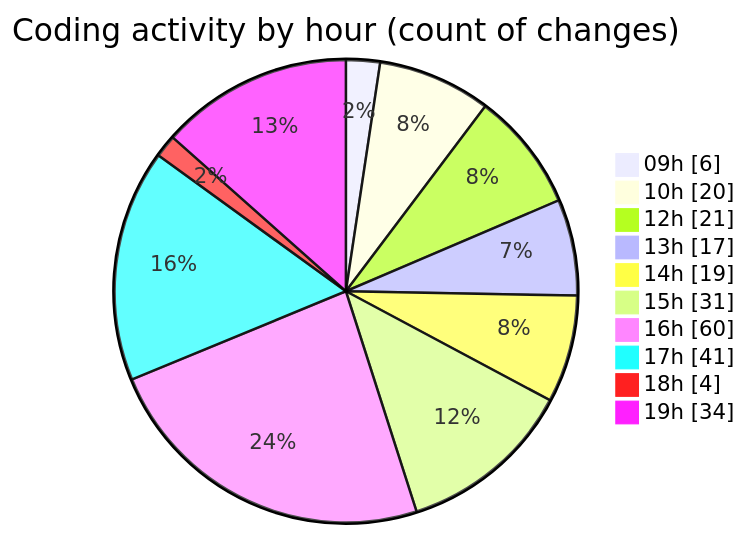
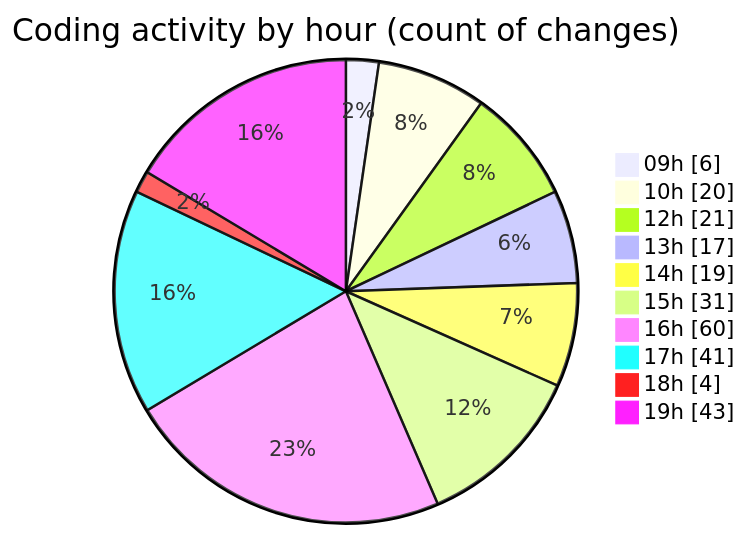
The second of 2 diagrams in 2026-02-18/bot_v1_2/README.md (becaeroporto-bot/code-tracking), drawn with Mermaid before and after one commit. The commit also changed other lines of this file and 1 other file, not shown here.

````diff
--- a/2026-02-18/bot_v1_2/README.md
+++ b/2026-02-18/bot_v1_2/README.md
@@ -57,14 +58,14 @@
 ```mermaid
 pie showData
 title Coding activity by hour (count of changes)
 "09h" : 6
 "10h" : 20
 "12h" : 21
 "13h" : 17
 "14h" : 19
 "15h" : 31
 "16h" : 60
 "17h" : 41
 "18h" : 4
-"19h" : 34
+"19h" : 43
 ```
````
